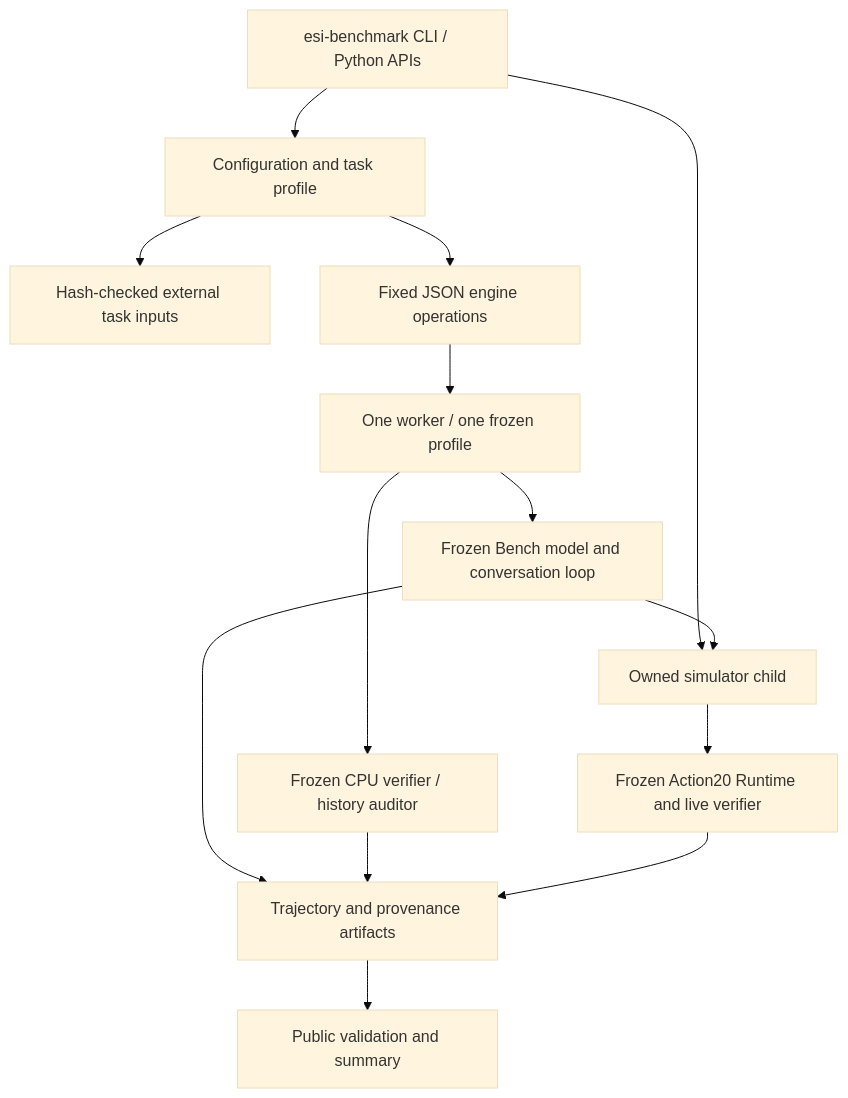
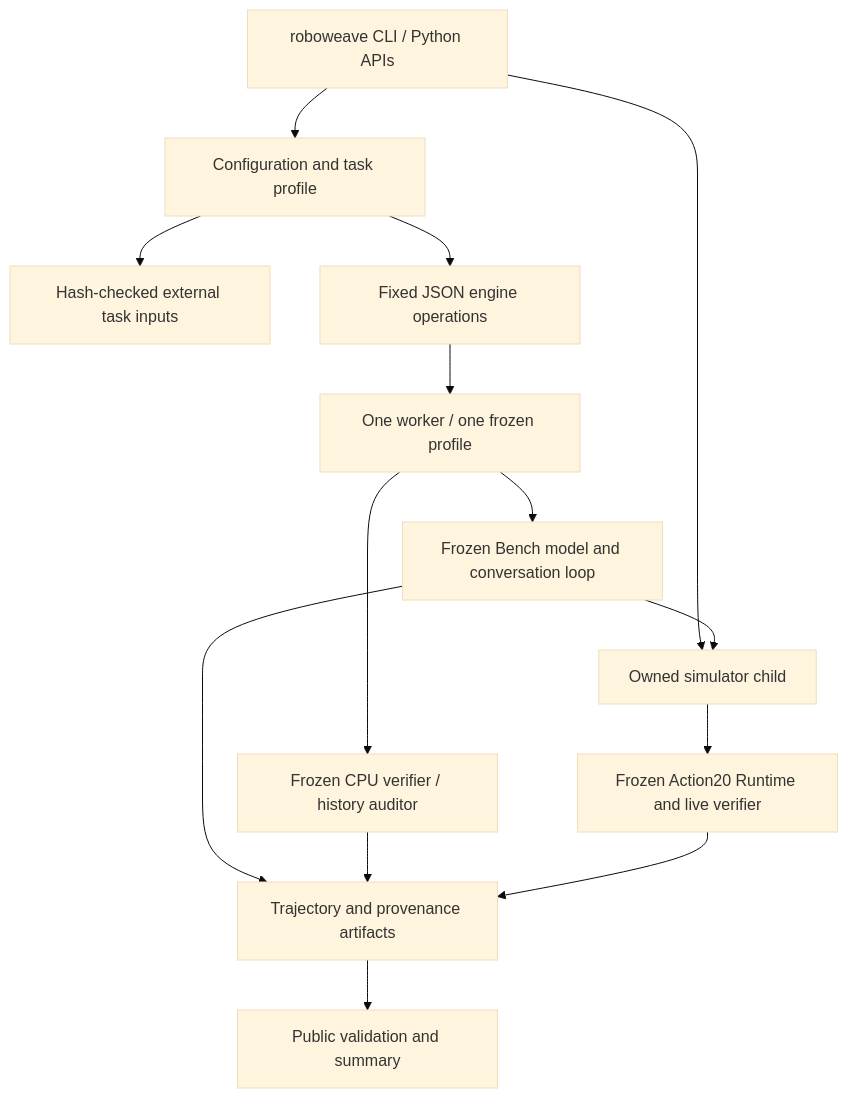
One commit to ShawnLee0910/roboweave changed the diagram in docs/ARCHITECTURE.md. Above: the diagram before and after it, drawn with Mermaid (base theme). The commit also changed other lines of this file and 2562 other files, not shown here.

````diff
--- a/docs/ARCHITECTURE.md
+++ b/docs/ARCHITECTURE.md
@@ -9,16 +9,16 @@
 ```mermaid
 flowchart TD
-    CLI[esi-benchmark CLI / Python APIs] --> CFG[Configuration and task profile]
+    CLI[roboweave CLI / Python APIs] --> CFG[Configuration and task profile]
     CFG --> ASSET[Hash-checked external task inputs]
     CFG --> ENGINE[Fixed JSON engine operations]
     ENGINE --> WORKER[One worker / one frozen profile]
     WORKER --> BENCH[Frozen Bench model and conversation loop]
     WORKER --> SCORE[Frozen CPU verifier / history auditor]
     CLI --> OWNED[Owned simulator child]
     OWNED --> RUNTIME[Frozen Action20 Runtime and live verifier]
     BENCH --> OWNED
     BENCH --> ART[Trajectory and provenance artifacts]
     SCORE --> ART
     RUNTIME --> ART
     ART --> RESULTS[Public validation and summary]
 ```
````
